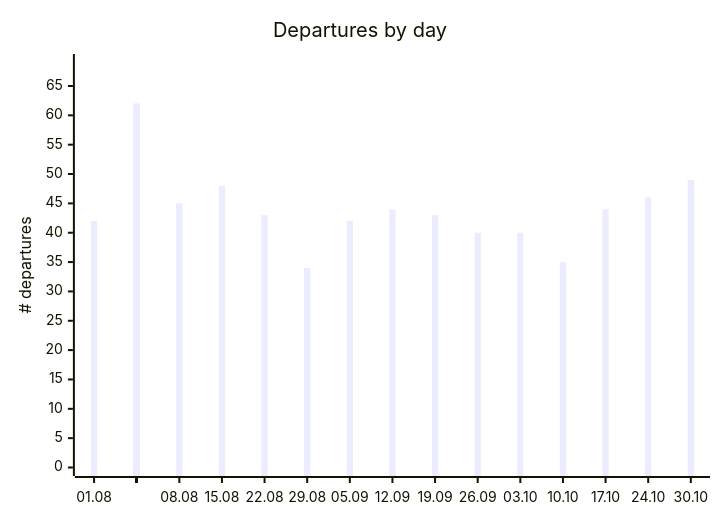
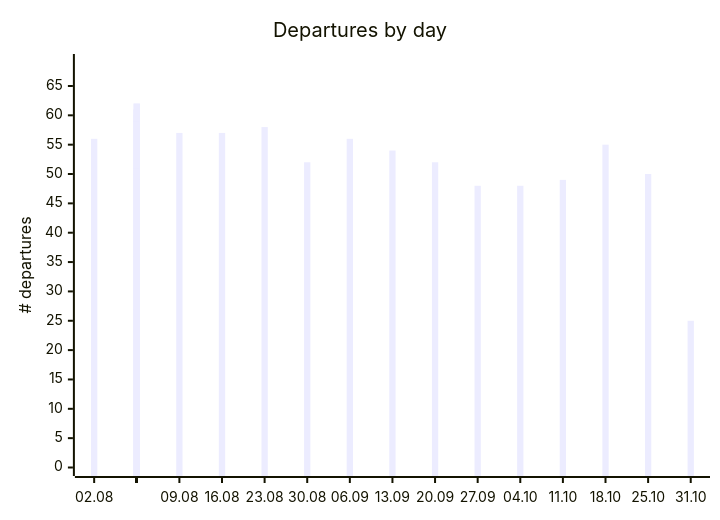
Before and after one commit to rainermesi/tll-airport-departures: the first of 2 diagrams in README.md, drawn with Mermaid. The commit also changed other lines of this file and 3 other files, not shown here.

````diff
--- a/README.md
+++ b/README.md
@@ -37,12 +37,12 @@
 ```mermaid
 ---
 xyChart:
     xAxis:
       labelFontSize: 8
 ---
 xychart-beta
     title "Departures by day"
-    x-axis ["01.08", " ", " ", " ", " ", " ", " ", "08.08", " ", " ", " ", " ", " ", " ", "15.08", " ", " ", " ", " ", " ", " ", "22.08", " ", " ", " ", " ", " ", " ", "29.08", " ", " ", " ", " ", " ", " ", "05.09", " ", " ", " ", " ", " ", " ", "12.09", " ", " ", " ", " ", " ", " ", "19.09", " ", " ", " ", " ", " ", " ", "26.09", " ", " ", " ", " ", " ", " ", "03.10", " ", " ", " ", " ", " ", " ", "10.10", " ", " ", " ", " ", " ", " ", "17.10", " ", " ", " ", " ", " ", " ", "24.10", " ", " ", " ", " ", "30.10"]
+    x-axis ["02.08", " ", " ", " ", " ", " ", " ", "09.08", " ", " ", " ", " ", " ", " ", "16.08", " ", " ", " ", " ", " ", " ", "23.08", " ", " ", " ", " ", " ", " ", "30.08", " ", " ", " ", " ", " ", " ", "06.09", " ", " ", " ", " ", " ", " ", "13.09", " ", " ", " ", " ", " ", " ", "20.09", " ", " ", " ", " ", " ", " ", "27.09", " ", " ", " ", " ", " ", " ", "04.10", " ", " ", " ", " ", " ", " ", "11.10", " ", " ", " ", " ", " ", " ", "18.10", " ", " ", " ", " ", " ", " ", "25.10", " ", " ", " ", " ", "31.10"]
     y-axis "# departures" 0 --> 69
-    bar [42, 56, 55, 44, 50, 51, 62, 45, 57, 58, 43, 53, 54, 61, 48, 57, 60, 46, 54, 55, 60, 43, 58, 58, 48, 54, 33, 32, 34, 52, 54, 45, 54, 49, 62, 42, 56, 57, 48, 53, 52, 61, 44, 54, 56, 47, 51, 52, 59, 43, 52, 55, 46, 51, 53, 57, 40, 48, 54, 42, 46, 52, 54, 40, 48, 50, 36, 45, 46, 53, 35, 49, 50, 34, 46, 52, 58, 44, 55, 56, 46, 48, 52, 57, 46, 50, 46, 51, 27, 49]
+    bar [56, 55, 44, 50, 51, 62, 45, 57, 58, 43, 53, 54, 61, 48, 57, 60, 46, 54, 55, 60, 43, 58, 58, 48, 54, 33, 32, 34, 52, 54, 45, 54, 49, 62, 42, 56, 57, 48, 53, 52, 61, 44, 54, 56, 47, 51, 52, 59, 43, 52, 55, 46, 51, 53, 57, 40, 48, 54, 42, 46, 52, 54, 40, 48, 50, 36, 45, 46, 53, 35, 49, 50, 34, 46, 52, 58, 44, 55, 56, 46, 48, 52, 57, 46, 50, 46, 51, 27, 49, 25]
 ```
````
